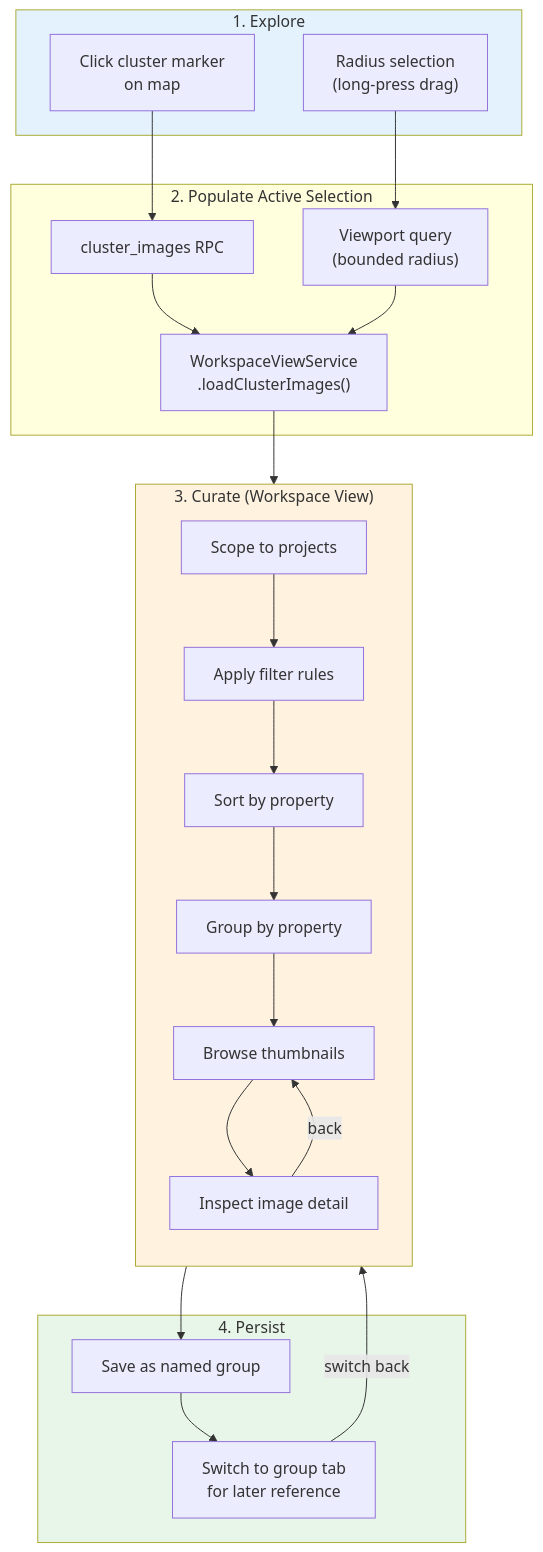
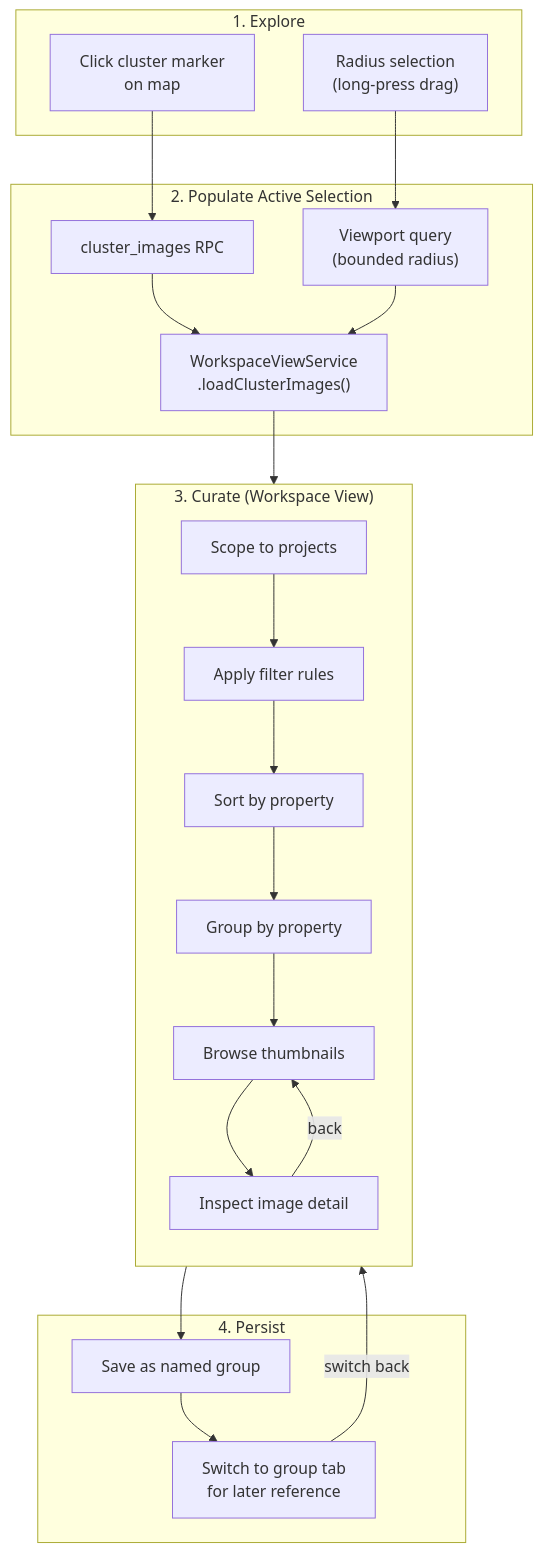
Before and after one commit to matkleve/feldpost: diagram 27 of 27 in docs/use-cases/workspace-view.md, drawn with Mermaid. The commit also changed 29 other files, not shown here.

````diff
--- a/docs/use-cases/workspace-view.md
+++ b/docs/use-cases/workspace-view.md
@@ -845,40 +845,37 @@
 ```mermaid
 flowchart TD
     subgraph Explore["1. Explore"]
         MarkerClick["Click cluster marker\non map"]
         RadiusSelect["Radius selection\n(long-press drag)"]
     end
 
     subgraph Populate["2. Populate Active Selection"]
         ClusterRPC["cluster_images RPC"]
         RadiusRPC["Viewport query\n(bounded radius)"]
         SetImages["WorkspaceViewService\n.loadClusterImages()"]
     end
 
     subgraph Curate["3. Curate (Workspace View)"]
         direction TB
         ProjectScope["Scope to projects"]
         Filter["Apply filter rules"]
         Sort["Sort by property"]
         Group["Group by property"]
         Browse["Browse thumbnails"]
         Detail["Inspect image detail"]
     end
 
     subgraph Persist["4. Persist"]
         SaveGroup["Save as named group"]
         SwitchTab["Switch to group tab\nfor later reference"]
     end
 
     MarkerClick --> ClusterRPC --> SetImages
     RadiusSelect --> RadiusRPC --> SetImages
     SetImages --> ProjectScope --> Filter --> Sort --> Group --> Browse
     Browse --> Detail
     Detail -->|"back"| Browse
     Browse --> SaveGroup --> SwitchTab
     SwitchTab -->|"switch back"| Browse
 
-    style Explore fill:#e3f2fd
-    style Curate fill:#fff3e0
-    style Persist fill:#e8f5e9
 ```
````
